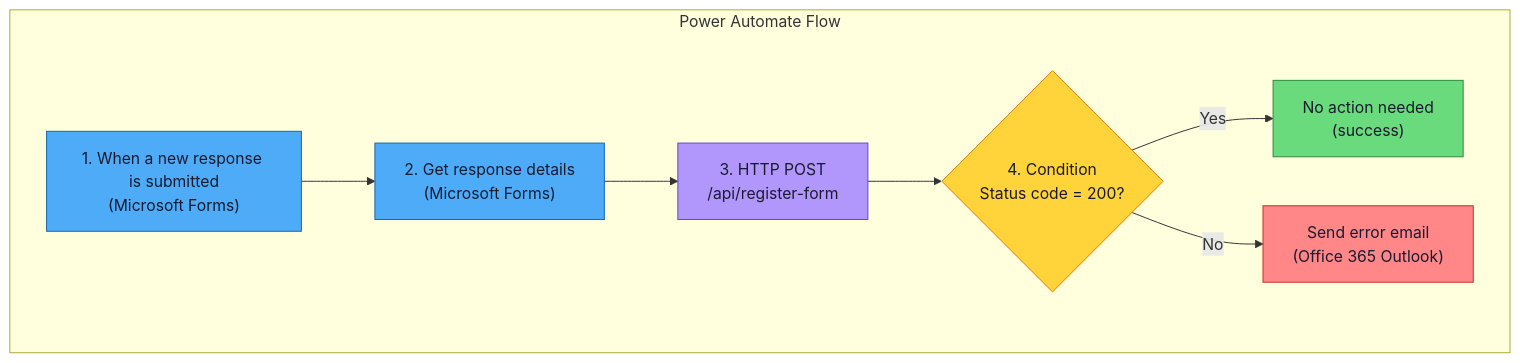
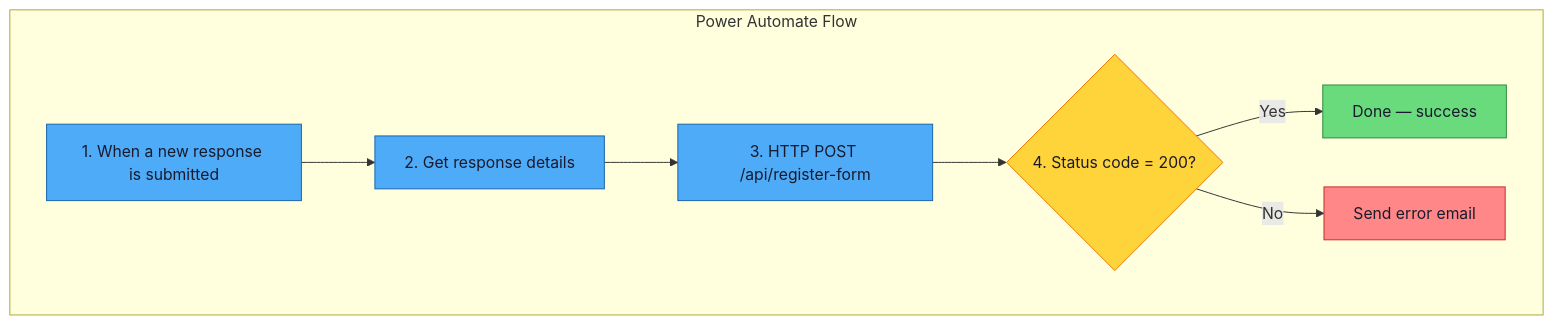
Before and after one commit to michaelhuot-msft/forms-to-fabric: the first of 2 diagrams in docs/registration-form-template.md, drawn with Mermaid.

Commit message:
Remove \n from Mermaid node labels — use short single-line labels
PA flow diagram had \n in 6 node labels. Replaced with concise
single-line text per the Mermaid guidelines.

````diff
--- a/docs/registration-form-template.md
+++ b/docs/registration-form-template.md
@@ -86,31 +86,29 @@
 ```mermaid
 flowchart TD
     subgraph "Power Automate Flow"
-        T["1. When a new response is submitted\n(Microsoft Forms)"]
-        G["2. Get response details\n(Microsoft Forms)"]
-        H["3. HTTP POST\n/api/register-form"]
-        C{"4. Condition\nStatus code = 200?"}
-        OK["No action needed\n(success)"]
-        ERR["Send error email\n(Office 365 Outlook)"]
+        T[1. When a new response is submitted]
+        G[2. Get response details]
+        H[3. HTTP POST /api/register-form]
+        C{4. Status code = 200?}
+        OK[Done — success]
+        ERR[Send error email]
     end
 
     T --> G
     G --> H
     H --> C
     C -- Yes --> OK
     C -- No --> ERR
 
     classDef primary fill:#4dabf7,stroke:#1864ab,color:#1a1a2e
     classDef success fill:#69db7c,stroke:#2b8a3e,color:#1a1a2e
     classDef warning fill:#ffd43b,stroke:#e67700,color:#1a1a2e
     classDef danger fill:#ff8787,stroke:#c92a2a,color:#1a1a2e
-    classDef info fill:#b197fc,stroke:#6741d9,color:#1a1a2e
-    classDef neutral fill:#ced4da,stroke:#495057,color:#1a1a2e
 
     T:::primary
     G:::primary
-    H:::info
+    H:::primary
     C:::warning
     OK:::success
     ERR:::danger
 ```
````
